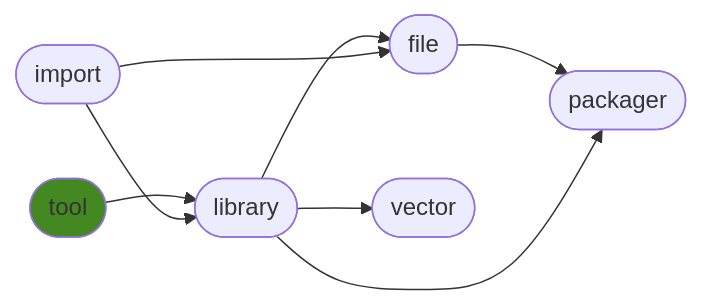
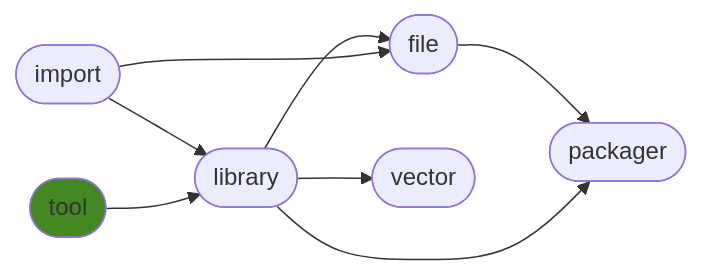
One commit to ManderaGeneral/generaltool changed the diagram in README.md. Above: the diagram before and after it, drawn with Mermaid. The commit also changed other lines of this file, not shown here.

````diff
--- a/README.md
+++ b/README.md
@@ -23,17 +23,17 @@
 ```mermaid
 flowchart LR
 3([file]) --> 5([packager])
+0([import]) --> 2([library])
+2([library]) --> 3([file])
+2([library]) --> 5([packager])
+2([library]) --> 4([vector])
+0([import]) --> 3([file])
 1([tool]) --> 2([library])
-0([import]) --> 2([library])
-2([library]) --> 5([packager])
-2([library]) --> 3([file])
-0([import]) --> 3([file])
-2([library]) --> 4([vector])
 click 0 "https://github.com/ManderaGeneral/generalimport"
 click 1 "https://github.com/ManderaGeneral/generaltool"
 click 2 "https://github.com/ManderaGeneral/generallibrary"
 click 3 "https://github.com/ManderaGeneral/generalfile"
 click 4 "https://github.com/ManderaGeneral/generalvector"
 click 5 "https://github.com/ManderaGeneral/generalpackager"
 style 1 fill:#482
 ```
````
